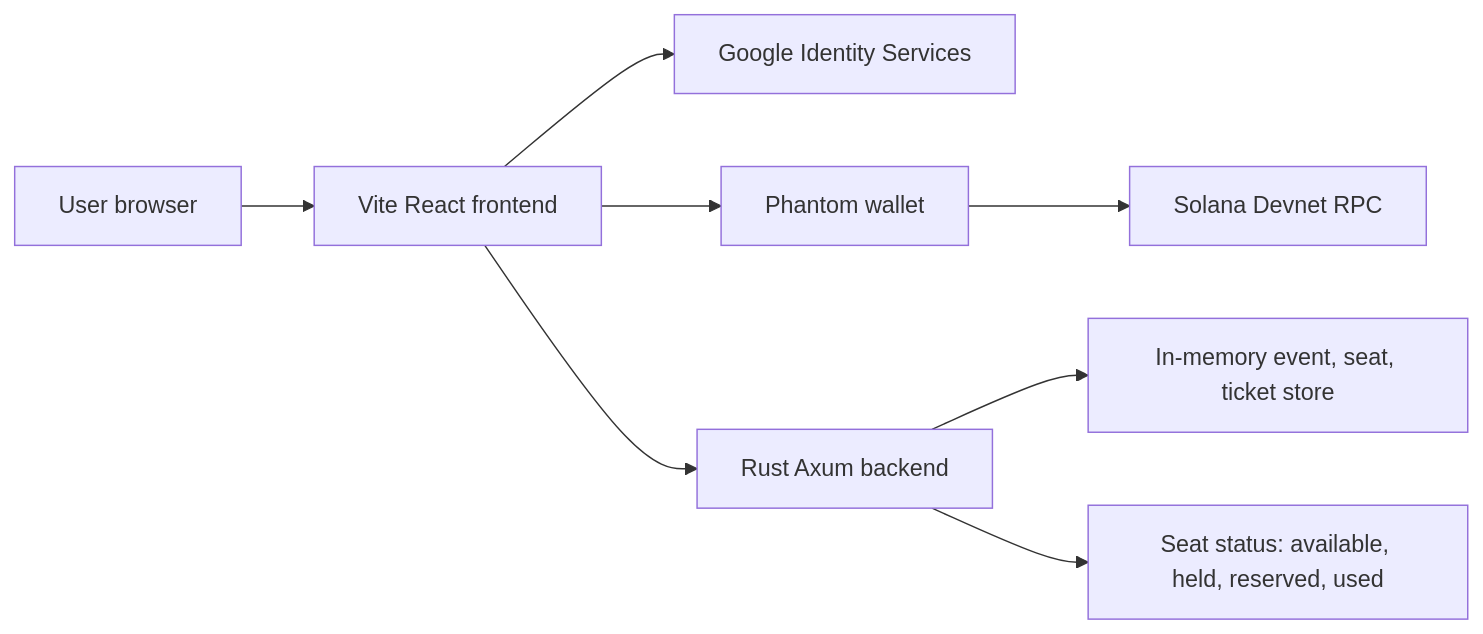
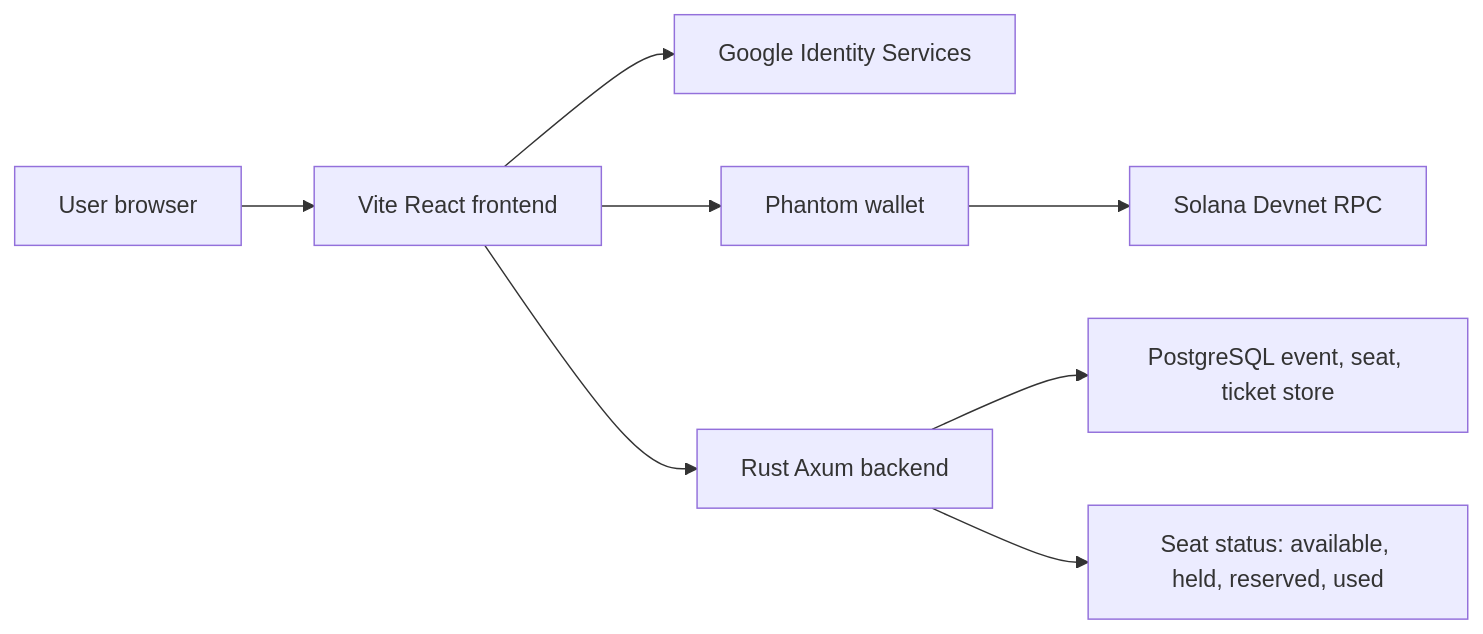
One commit to modjadji13/web3-ticketing changed the first of 9 diagrams in WORKFLOWS.md. Above: the diagram before and after it, drawn with Mermaid. The commit also changed other lines of this file and 7 other files, not shown here.

````diff
--- a/WORKFLOWS.md
+++ b/WORKFLOWS.md
@@ -17,10 +17,10 @@
 ```mermaid
 flowchart LR
   User[User browser] --> React[Vite React frontend]
   React --> Google[Google Identity Services]
   React --> Phantom[Phantom wallet]
   Phantom --> Solana[Solana Devnet RPC]
   React --> Backend[Rust Axum backend]
-  Backend --> Store[In-memory event, seat, ticket store]
+  Backend --> Store[PostgreSQL event, seat, ticket store]
   Backend --> TicketState[Seat status: available, held, reserved, used]
 ```
````
